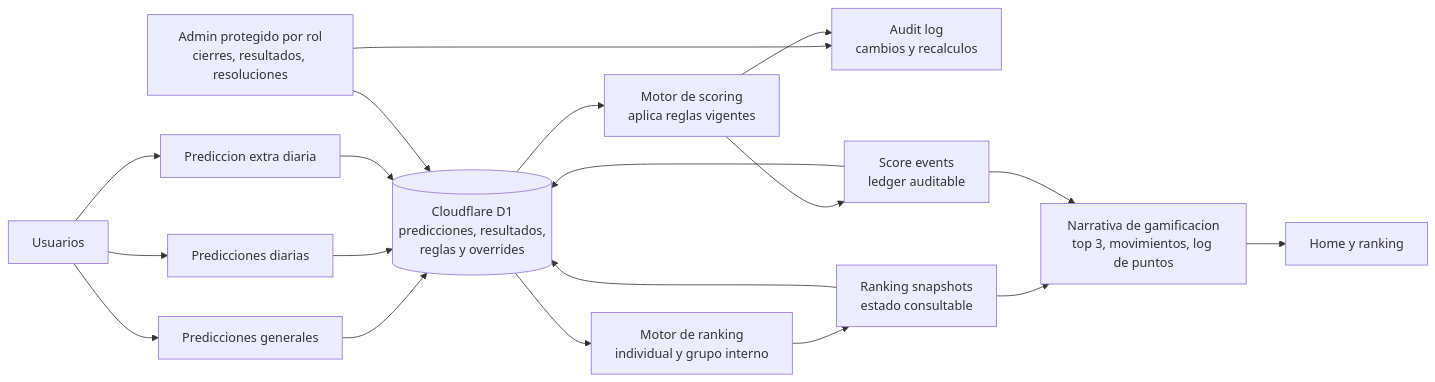
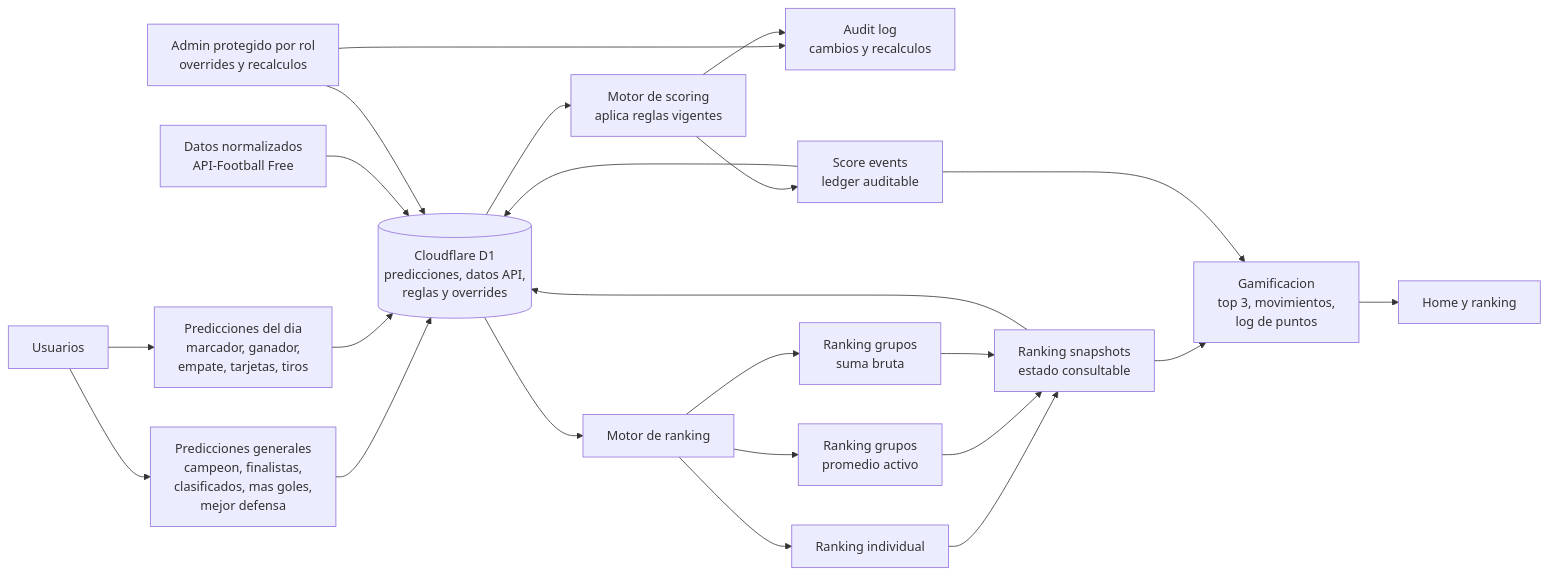
Before and after one commit to C3SC0-V4113/ara-world-cup-context-hub: the diagram in docs/diagrams/scoring-ranking-flow.md, drawn with Mermaid. The commit also changed 23 other files, not shown here.

````diff
--- a/docs/diagrams/scoring-ranking-flow.md
+++ b/docs/diagrams/scoring-ranking-flow.md
@@ -3,32 +3,40 @@
 ```mermaid
 flowchart LR
-  users["Usuarios"] --> generalPredictions["Predicciones generales"]
-  users --> dailyPredictions["Predicciones diarias"]
-  users --> extraPredictions["Prediccion extra diaria"]
+  users["Usuarios"] --> generalPredictions["Predicciones generales<br/>campeon, finalistas,<br/>clasificados, mas goles,<br/>mejor defensa"]
+  users --> dailyPredictions["Predicciones del dia<br/>marcador, ganador,<br/>empate, tarjetas, tiros"]
 
-  d1Store[("Cloudflare D1<br/>predicciones, resultados,<br/>reglas y overrides")]
-  adminOps["Admin protegido por rol<br/>cierres, resultados, resoluciones"]
+  d1Store[("Cloudflare D1<br/>predicciones, datos API,<br/>reglas y overrides")]
+  importedData["Datos normalizados<br/>API-Football Free"]
+  adminOps["Admin protegido por rol<br/>overrides y recalculos"]
   auditLog["Audit log<br/>cambios y recalculos"]
   scoringEngine["Motor de scoring<br/>aplica reglas vigentes"]
   scoreEvents["Score events<br/>ledger auditable"]
-  rankingEngine["Motor de ranking<br/>individual y grupo interno"]
+  rankingEngine["Motor de ranking"]
+  individualRanking["Ranking individual"]
+  normalizedGroupRanking["Ranking grupos<br/>promedio activo"]
+  rawGroupRanking["Ranking grupos<br/>suma bruta"]
   rankingSnapshots["Ranking snapshots<br/>estado consultable"]
-  gamification["Narrativa de gamificacion<br/>top 3, movimientos, log de puntos"]
+  gamification["Gamificacion<br/>top 3, movimientos,<br/>log de puntos"]
   views["Home y ranking"]
 
   generalPredictions --> d1Store
   dailyPredictions --> d1Store
-  extraPredictions --> d1Store
+  importedData --> d1Store
   adminOps --> d1Store
   adminOps --> auditLog
   d1Store --> scoringEngine
   scoringEngine --> scoreEvents
   scoreEvents --> d1Store
   scoringEngine --> auditLog
   d1Store --> rankingEngine
-  rankingEngine --> rankingSnapshots
+  rankingEngine --> individualRanking
+  rankingEngine --> normalizedGroupRanking
+  rankingEngine --> rawGroupRanking
+  individualRanking --> rankingSnapshots
+  normalizedGroupRanking --> rankingSnapshots
+  rawGroupRanking --> rankingSnapshots
   rankingSnapshots --> d1Store
   rankingSnapshots --> gamification
   scoreEvents --> gamification
   gamification --> views
 ```
````
